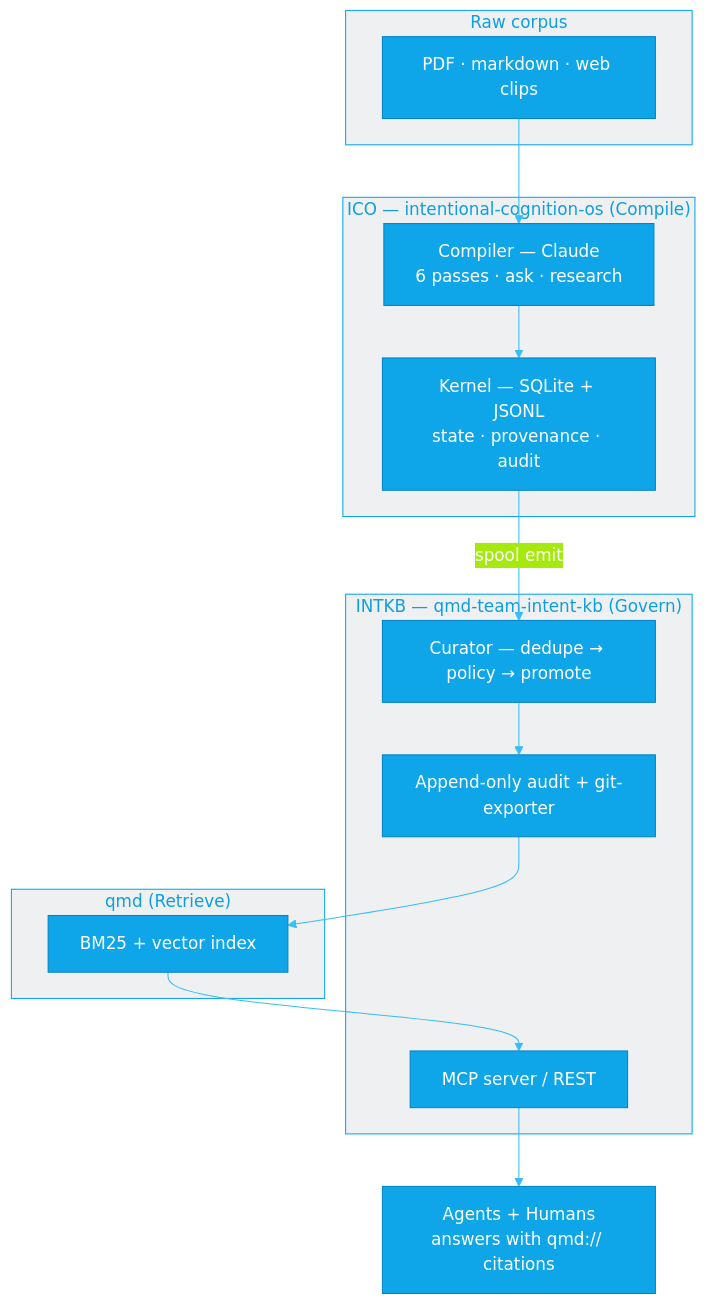
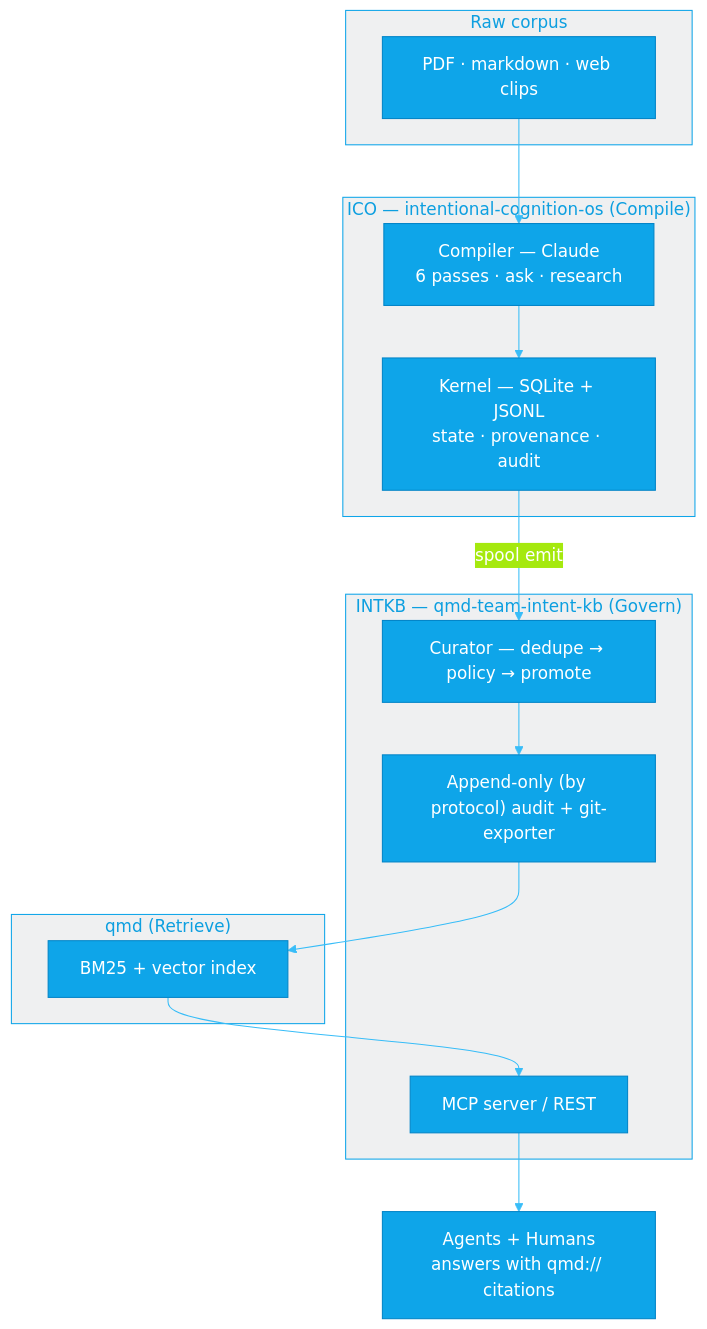
The third of 3 diagrams in README.md (intent-solutions-io/governed-second-brain), drawn with Mermaid before and after one commit. The commit also changed other lines of this file and 1 other file, not shown here.

````diff
--- a/README.md
+++ b/README.md
@@ -139,25 +139,25 @@
 ```mermaid
 %%{init: {'theme':'base','themeVariables':{
   'primaryColor':'#0ea5e9','primaryBorderColor':'#0284c7','primaryTextColor':'#ffffff',
   'lineColor':'#38bdf8','clusterBkg':'#0c192910','clusterBorder':'#0ea5e9'}}}%%
 flowchart TB
     subgraph SRC["Raw corpus"]
         D["PDF · markdown · web clips"]
     end
     subgraph ICO["ICO — intentional-cognition-os (Compile)"]
         K["Kernel — SQLite + JSONL<br/>state · provenance · audit"]
         C["Compiler — Claude<br/>6 passes · ask · research"]
     end
     subgraph KB["INTKB — qmd-team-intent-kb (Govern)"]
         CUR["Curator — dedupe → policy → promote"]
-        AUD["Append-only audit + git-exporter"]
+        AUD["Append-only (by protocol) audit + git-exporter"]
         MCP["MCP server / REST"]
     end
     subgraph QMD["qmd (Retrieve)"]
         IDX["BM25 + vector index"]
     end
     D --> C --> K
     K -->|spool emit| CUR
     CUR --> AUD --> IDX
     IDX --> MCP --> Out["Agents + Humans<br/>answers with qmd:// citations"]
 ```
````
